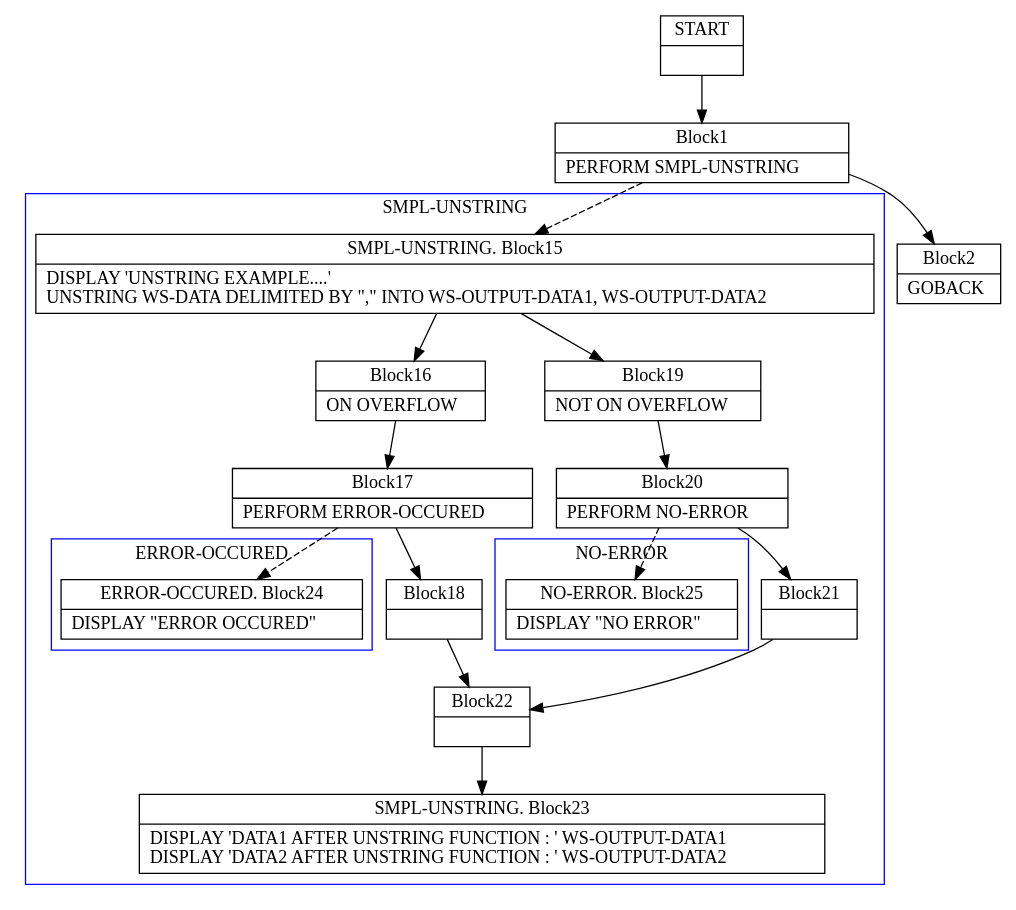
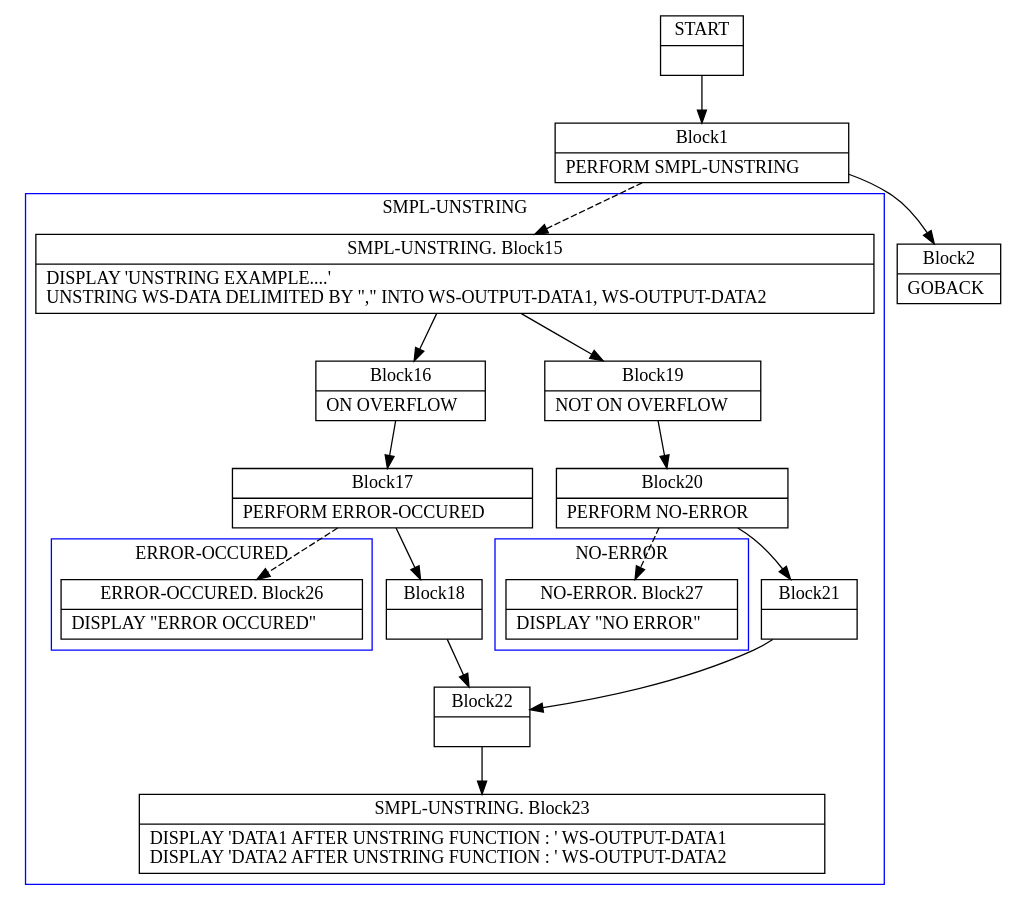
One commit to TypeCobolTeam/TypeCobol changed the diagram in TypeCobol.Analysis.Test/BasicCfgInstrs/Unstring0.dot. Above: the diagram before and after it, drawn with Graphviz. The commit also changed 54 other files, not shown here.

Commit message:
WI #1267 Fix iterative and recursive PERFORMs graph building

```diff
--- a/TypeCobol.Analysis.Test/BasicCfgInstrs/Unstring0.dot
+++ b/TypeCobol.Analysis.Test/BasicCfgInstrs/Unstring0.dot
@@ -1,85 +1,85 @@
 digraph Cfg {
 compound=true;
 node [
 shape = "record"
 ]
 
 edge [
 arrowtail = "empty"
 ]
 Block0 [
 label = "{START|}"
 ]
 Block1 [
 label = "{Block1|    PERFORM SMPL-UNSTRING\l}"
 ]
 subgraph cluster_1{
 color = blue;
 label = "SMPL-UNSTRING";
 Block15 [
 label = "{SMPL-UNSTRING. Block15|    DISPLAY 'UNSTRING EXAMPLE....'\l    UNSTRING WS-DATA DELIMITED BY \",\"        INTO  WS-OUTPUT-DATA1, WS-OUTPUT-DATA2\l}"
 ]
 Block16 [
 label = "{Block16|      ON OVERFLOW\l}"
 ]
 Block17 [
 label = "{Block17|         PERFORM ERROR-OCCURED\l}"
 ]
 subgraph cluster_2{
 color = blue;
 label = "ERROR-OCCURED";
-Block24 [
-label = "{ERROR-OCCURED. Block24|    DISPLAY \"ERROR OCCURED\"\l}"
+Block26 [
+label = "{ERROR-OCCURED. Block26|    DISPLAY \"ERROR OCCURED\"\l}"
 ]
 
 }
-Block17 -> Block24 [style=dashed]
+Block17 -> Block26 [style=dashed]
 
 Block18 [
 label = "{Block18|}"
 ]
 Block22 [
 label = "{Block22|}"
 ]
 Block23 [
 label = "{SMPL-UNSTRING. Block23|    DISPLAY 'DATA1 AFTER UNSTRING FUNCTION : ' WS-OUTPUT-DATA1\l    DISPLAY 'DATA2 AFTER UNSTRING FUNCTION : ' WS-OUTPUT-DATA2\l}"
 ]
 Block19 [
 label = "{Block19|      NOT ON OVERFLOW\l}"
 ]
 Block20 [
 label = "{Block20|         PERFORM NO-ERROR\l}"
 ]
 subgraph cluster_3{
 color = blue;
 label = "NO-ERROR";
-Block25 [
-label = "{NO-ERROR. Block25|    DISPLAY \"NO ERROR\"\l}"
+Block27 [
+label = "{NO-ERROR. Block27|    DISPLAY \"NO ERROR\"\l}"
 ]
 
 }
-Block20 -> Block25 [style=dashed]
+Block20 -> Block27 [style=dashed]
 
 Block21 [
 label = "{Block21|}"
 ]
 Block15 -> Block16
 Block15 -> Block19
 Block16 -> Block17
 Block17 -> Block18
 Block18 -> Block22
 Block22 -> Block23
 Block19 -> Block20
 Block20 -> Block21
 Block21 -> Block22
 
 }
 Block1 -> Block15 [style=dashed]
 
 Block2 [
 label = "{Block2|    GOBACK\l}"
 ]
 Block0 -> Block1
 Block1 -> Block2
 
 }
```
